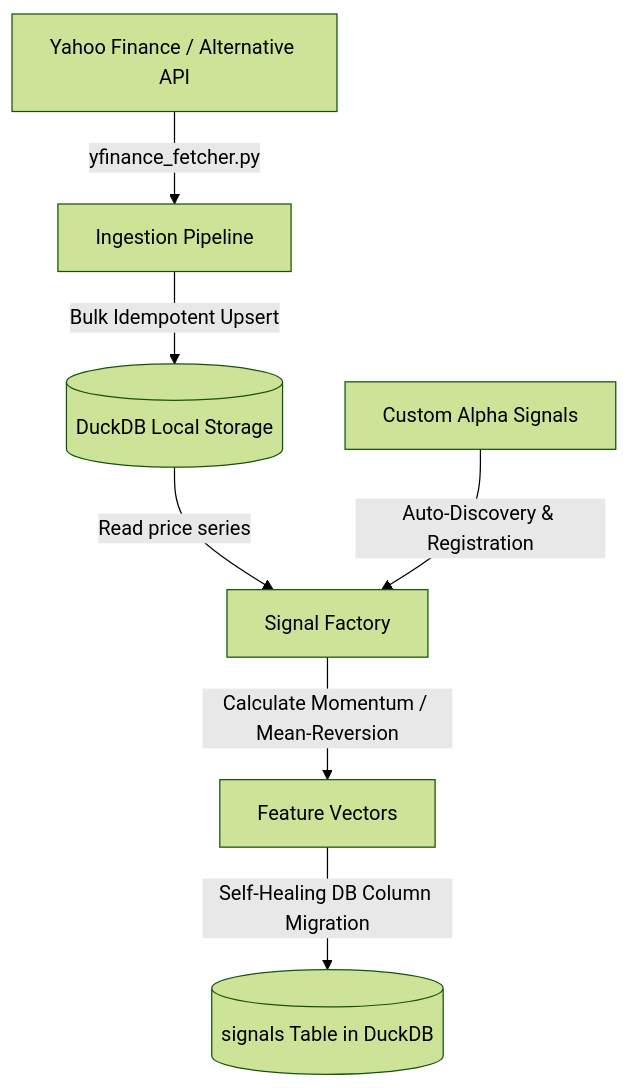
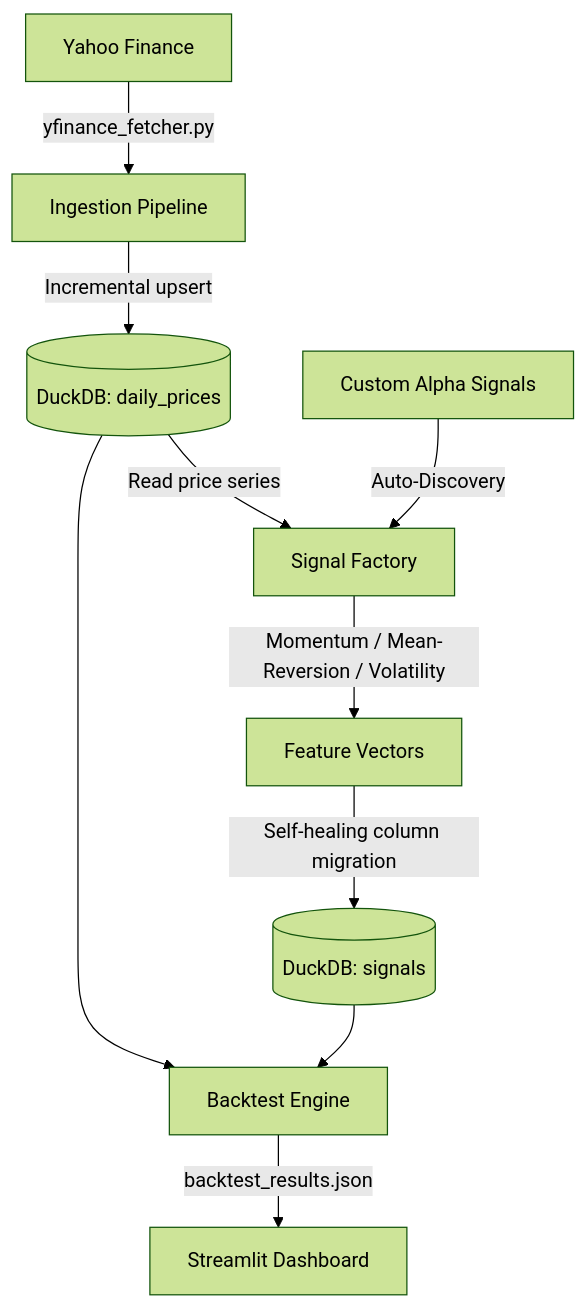
Before and after one commit to Sujaya-Nimneth/Quant-Research-Platform: the diagram in README.md, drawn with Mermaid (forest theme). The commit also changed other lines of this file, not shown here.

````diff
--- a/README.md
+++ b/README.md
@@ -12,11 +16,15 @@
 ```mermaid
 graph TD
-    A[Yahoo Finance / Alternative API] -->|yfinance_fetcher.py| B[Ingestion Pipeline]
-    B -->|Bulk Idempotent Upsert| C[(DuckDB Local Storage)]
-    
+    A[Yahoo Finance] -->|yfinance_fetcher.py| B[Ingestion Pipeline]
+    B -->|Incremental upsert| C[(DuckDB: daily_prices)]
+
     C -->|Read price series| D[Signal Factory]
-    E[Custom Alpha Signals] -->|Auto-Discovery & Registration| D
-    
-    D -->|Calculate Momentum / Mean-Reversion| F[Feature Vectors]
-    F -->|Self-Healing DB Column Migration| G[(signals Table in DuckDB)]
+    E[Custom Alpha Signals] -->|Auto-Discovery| D
+
+    D -->|Momentum / Mean-Reversion / Volatility| F[Feature Vectors]
+    F -->|Self-healing column migration| G[(DuckDB: signals)]
+
+    G --> H[Backtest Engine]
+    C --> H
+    H -->|backtest_results.json| I[Streamlit Dashboard]
 ```
````
